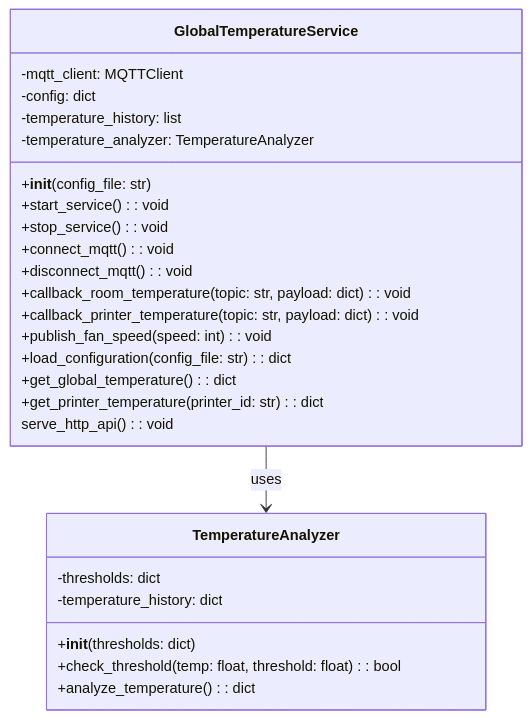
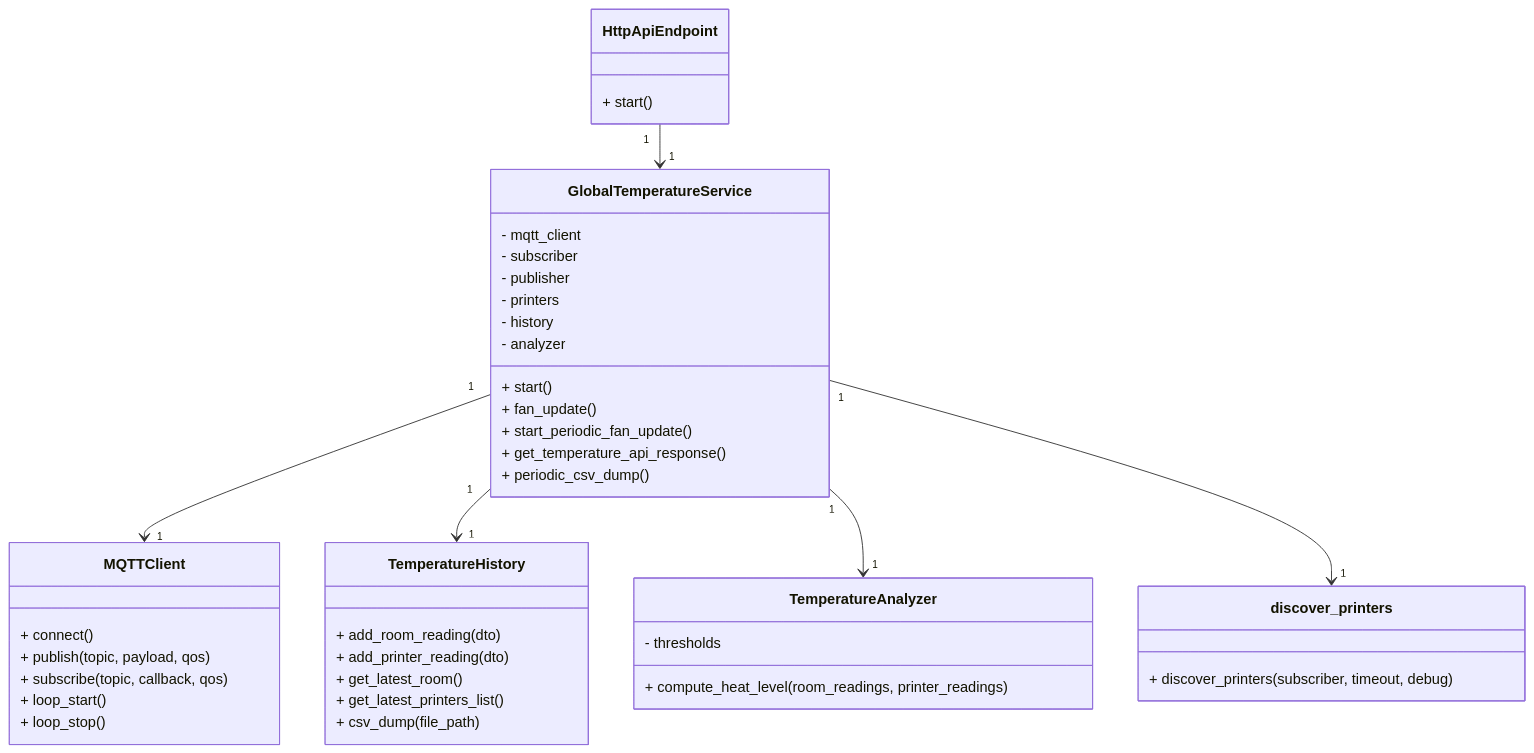
The diagram in global_temperature/README.md (leonardosos/3D_Printer_Lab), drawn with Mermaid before and after one commit. The commit also changed other lines of this file and 8 other files, not shown here.

Commit message:
dockerization of global printer, fix related interactions

````diff
--- a/global_temperature/README.md
+++ b/global_temperature/README.md
@@ -147,36 +157,51 @@
 ```mermaid
 classDiagram
     class GlobalTemperatureService {
-        -mqtt_client: MQTTClient
-        -config: dict
-        -temperature_history: list
-        -temperature_analyzer: TemperatureAnalyzer
-
-        +__init__(config_file: str)
-        +start_service(): void
-        +stop_service(): void
-        +connect_mqtt(): void
-        +disconnect_mqtt(): void
-
-        +callback_room_temperature(topic: str, payload: dict): void
-        +callback_printer_temperature(topic: str, payload: dict): void
-
-        +publish_fan_speed(speed: int): void
-        +load_configuration(config_file: str): dict
-        +get_global_temperature(): dict
-        +get_printer_temperature(printer_id: str): dict
-
-        serve_http_api(): void
+        - mqtt_client
+        - subscriber
+        - publisher
+        - printers
+        - history
+        - analyzer
+        + start()
+        + fan_update()
+        + start_periodic_fan_update()
+        + get_temperature_api_response()
+        + periodic_csv_dump()
     }
 
     class TemperatureAnalyzer {
-        -thresholds: dict
-        -temperature_history: dict
-
-        +__init__(thresholds: dict)
-        +check_threshold(temp: float, threshold: float): bool
-        +analyze_temperature(): dict
+        - thresholds
+        + compute_heat_level(room_readings, printer_readings)
     }
 
-    GlobalTemperatureService --> TemperatureAnalyzer : uses
+    class TemperatureHistory {
+        + add_room_reading(dto)
+        + add_printer_reading(dto)
+        + get_latest_room()
+        + get_latest_printers_list()
+        + csv_dump(file_path)
+    }
+
+    class MQTTClient {
+        + connect()
+        + publish(topic, payload, qos)
+        + subscribe(topic, callback, qos)
+        + loop_start()
+        + loop_stop()
+    }
+
+    class HttpApiEndpoint {
+        + start()
+    }
+
+    class discover_printers {
+        + discover_printers(subscriber, timeout, debug)
+    }
+
+    GlobalTemperatureService "1" --> "1" MQTTClient
+    GlobalTemperatureService "1" --> "1" TemperatureHistory
+    GlobalTemperatureService "1" --> "1" TemperatureAnalyzer
+    GlobalTemperatureService "1" --> "1" discover_printers
+    HttpApiEndpoint "1" --> "1" GlobalTemperatureService
 ```
````
